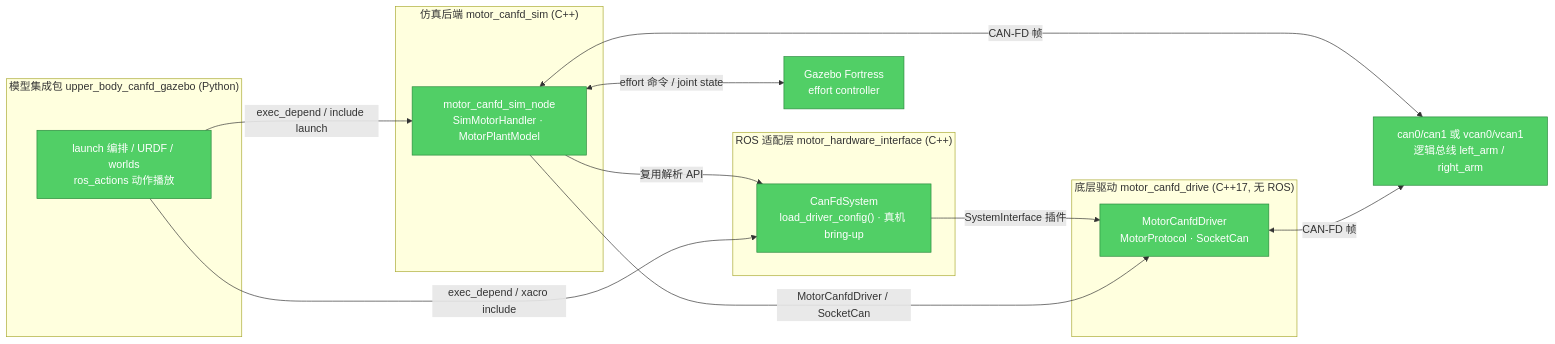
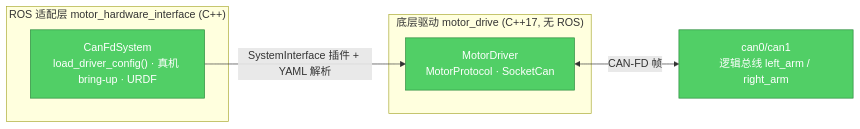
Before and after one commit to lovely009/robot2_ws: the diagram in README.md, drawn with Mermaid. The commit also changed other lines of this file and 8 other files, not shown here.

````diff
--- a/README.md
+++ b/README.md
@@ -38,29 +45,16 @@
 ```mermaid
 graph LR
-    subgraph Integration["模型集成包 upper_body_canfd_gazebo (Python)"]
-        UBG["launch 编排 / URDF / worlds<br/>ros_actions 动作播放"]
+    subgraph Adapter["ROS 适配层 motor_hardware_interface (C++)"]
+        HWI["CanFdSystem<br/>load_driver_config() · 真机 bring-up · URDF"]
     end
-    subgraph Simulation["仿真后端 motor_canfd_sim (C++)"]
-        SIM["motor_canfd_sim_node<br/>SimMotorHandler · MotorPlantModel"]
+    subgraph Driver["底层驱动 motor_drive (C++17, 无 ROS)"]
+        DRV["MotorDriver<br/>MotorProtocol · SocketCan"]
     end
-    subgraph Adapter["ROS 适配层 motor_hardware_interface (C++)"]
-        HWI["CanFdSystem<br/>load_driver_config() · 真机 bring-up"]
-    end
-    subgraph Driver["底层驱动 motor_canfd_drive (C++17, 无 ROS)"]
-        DRV["MotorCanfdDriver<br/>MotorProtocol · SocketCan"]
-    end
-    BUS["can0/can1 或 vcan0/vcan1<br/>逻辑总线 left_arm / right_arm"]
-    GZ["Gazebo Fortress<br/>effort controller"]
+    BUS["can0/can1<br/>逻辑总线 left_arm / right_arm"]
 
-    UBG -->|exec_depend / include launch| SIM
-    UBG -->|exec_depend / xacro include| HWI
-    SIM -->|复用解析 API| HWI
-    SIM -->|MotorCanfdDriver / SocketCan| DRV
-    HWI -->|SystemInterface 插件| DRV
+    HWI -->|SystemInterface 插件 + YAML 解析| DRV
     DRV <-->|CAN-FD 帧| BUS
-    SIM <-->|CAN-FD 帧| BUS
-    SIM <-->|effort 命令 / joint state| GZ
 
     classDef clean fill:#51cf66,stroke:#2b8a3e,color:#fff
-    class UBG,SIM,HWI,DRV,BUS,GZ clean
+    class HWI,DRV,BUS clean
 ```
````
